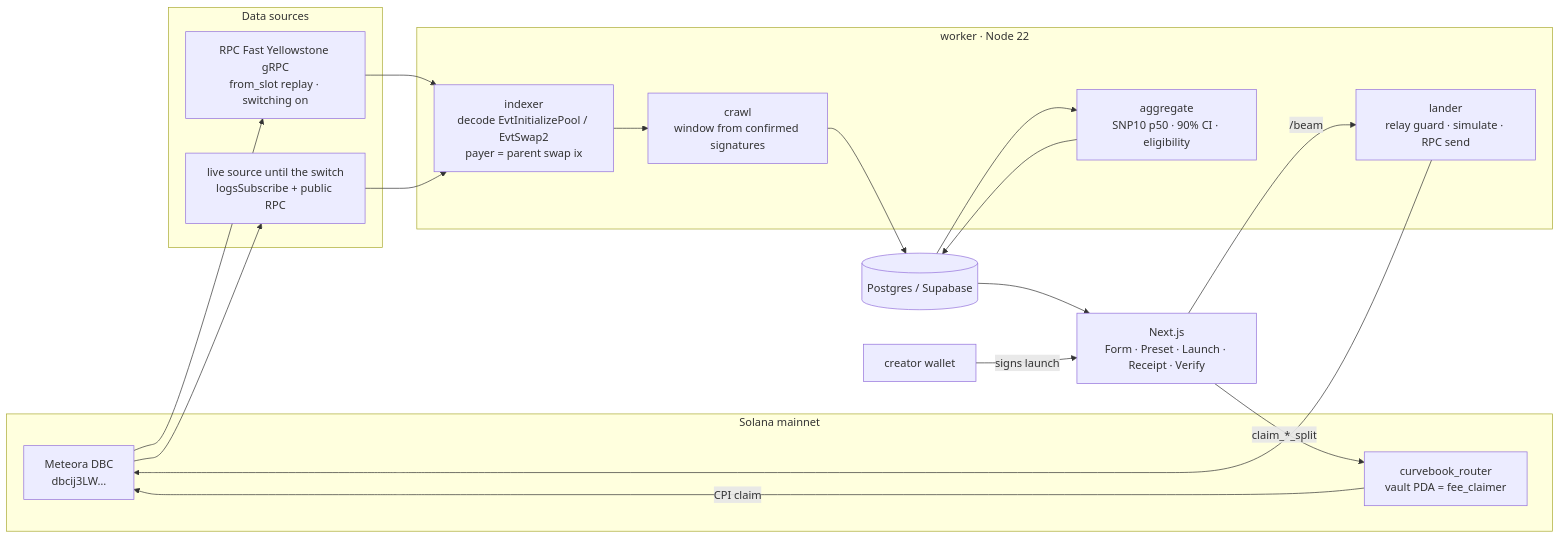
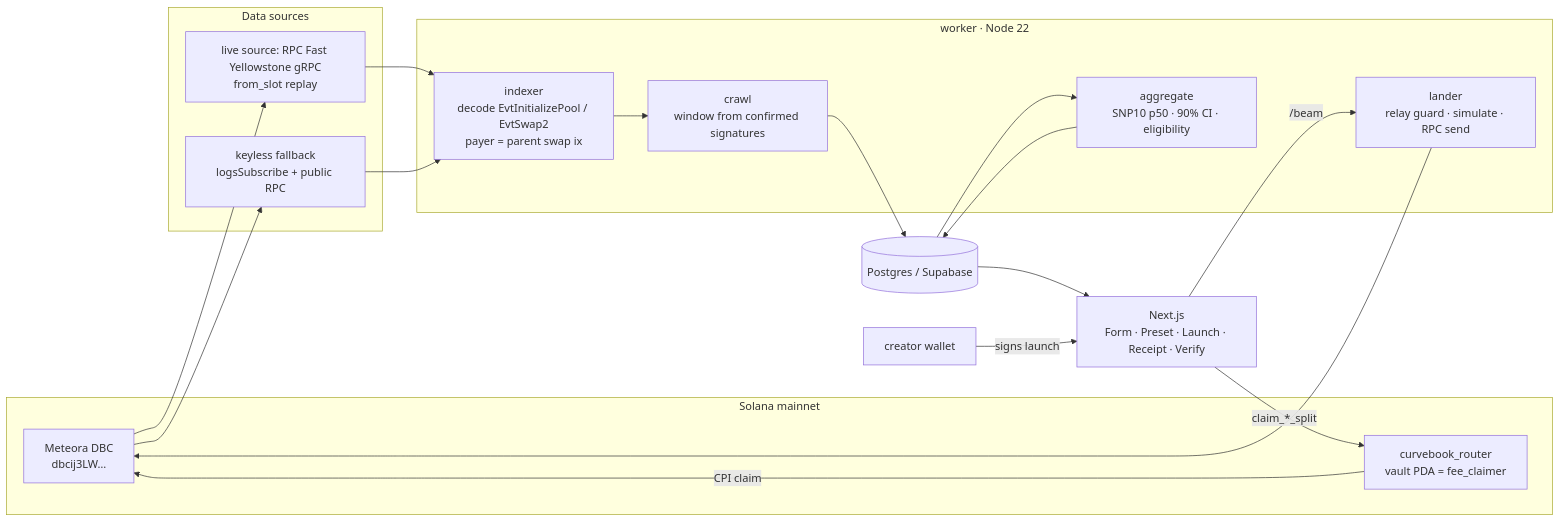
The diagram in ARCHITECTURE.md (edycutjong/curvebook), drawn with Mermaid before and after one commit. The commit also changed other lines of this file and 6 other files, not shown here.

Commit message:
Live worker now runs on RPC Fast (Yellowstone gRPC + RPC since 2026-10-08 21:09 UTC); docs and test counts updated

````diff
--- a/ARCHITECTURE.md
+++ b/ARCHITECTURE.md
@@ -5,28 +5,28 @@
 ```mermaid
 flowchart LR
   subgraph chain[Solana mainnet]
     DBC[Meteora DBC\ndbcij3LW…]
     R[curvebook_router\nvault PDA = fee_claimer]
   end
   subgraph src[Data sources]
-    G[RPC Fast Yellowstone gRPC\nfrom_slot replay · switching on]
-    L[live source until the switch\nlogsSubscribe + public RPC]
+    G[live source: RPC Fast Yellowstone gRPC\nfrom_slot replay]
+    L[keyless fallback\nlogsSubscribe + public RPC]
   end
   subgraph worker[worker · Node 22]
     IX[indexer\ndecode EvtInitializePool / EvtSwap2\npayer = parent swap ix]
     CR[crawl\nwindow from confirmed signatures]
     AG[aggregate\nSNP10 p50 · 90% CI · eligibility]
     LD[lander\nrelay guard · simulate · RPC send]
   end
   DB[(Postgres / Supabase)]
   WEB[Next.js\nForm · Preset · Launch · Receipt · Verify]
   W[creator wallet]
 
   DBC --> G --> IX
   DBC --> L --> IX
   IX --> CR --> DB
   DB --> AG --> DB
   DB --> WEB
   W -- signs launch --> WEB -- /beam --> LD --> DBC
   WEB -- claim_*_split --> R -- CPI claim --> DBC
 ```
````
